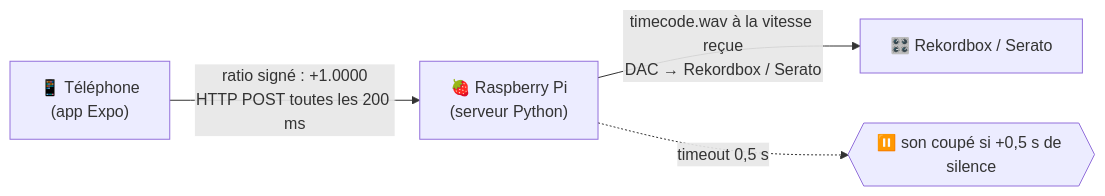
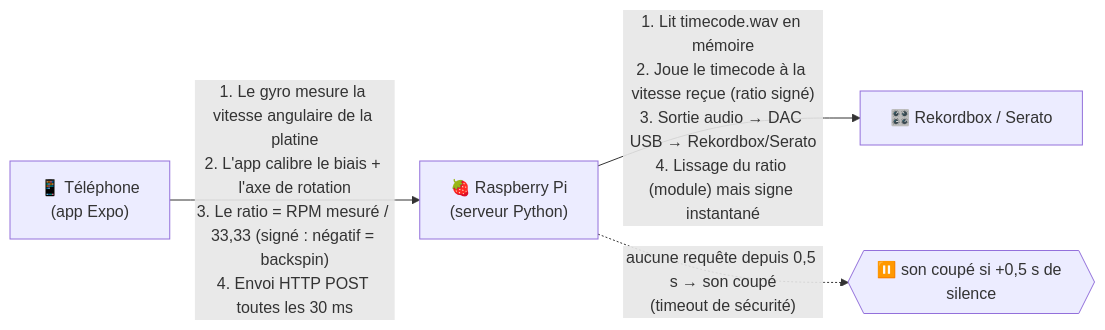
One commit to BlackAngelTVdev/DVS-DIY changed the diagram in README.md. Above: the diagram before and after it, drawn with Mermaid. The commit also changed other lines of this file, not shown here.

Commit message:
docs: README sur le template GitHub (badges, schéma Mermaid enrichi, sections)

````diff
--- a/README.md
+++ b/README.md
@@ -7,11 +18,11 @@
 ```mermaid
 flowchart LR
     A["📱 Téléphone<br/>(app Expo)"]
     B["🍓 Raspberry Pi<br/>(serveur Python)"]
     C["🎛️ Rekordbox / Serato"]
     N{{"⏸️ son coupé si +0,5 s de silence"}}
 
-    A -->|"ratio signé : +1.0000<br/>HTTP POST toutes les 200 ms"| B
-    B -->|"timecode.wav à la vitesse reçue<br/>DAC → Rekordbox / Serato"| C
-    B -.->|"timeout 0,5 s"| N
+    A -->|"1. Le gyro mesure la vitesse angulaire de la platine<br/>2. L'app calibre le biais + l'axe de rotation<br/>3. Le ratio = RPM mesuré / 33,33 (signé : négatif = backspin)<br/>4. Envoi HTTP POST toutes les 30 ms"| B
+    B -->|"1. Lit timecode.wav en mémoire<br/>2. Joue le timecode à la vitesse reçue (ratio signé)<br/>3. Sortie audio → DAC USB → Rekordbox/Serato<br/>4. Lissage du ratio (module) mais signe instantané"| C
+    B -.->|"aucune requête depuis 0,5 s → son coupé<br/>(timeout de sécurité)"| N
 ```
````
